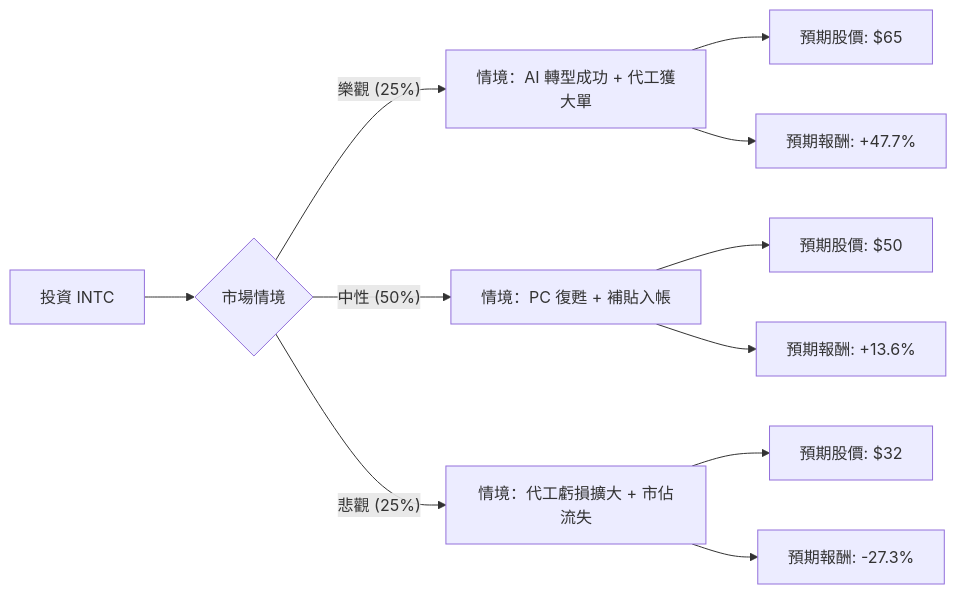
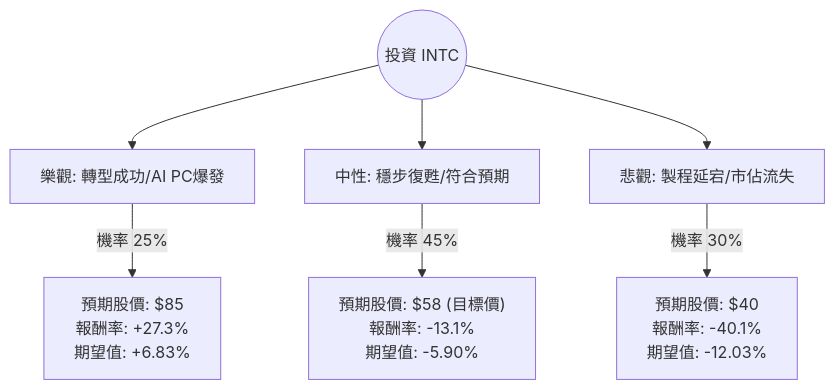
The diagram in plugin-react/ai-analysis/ev-analysis/INTC.md (zmcx16/zmcx16.github.io), drawn with Mermaid before and after one commit. The commit also changed other lines of this file and 49 other files, not shown here.

````diff
--- a/plugin-react/ai-analysis/ev-analysis/INTC.md
+++ b/plugin-react/ai-analysis/ev-analysis/INTC.md
@@ -19,16 +24,10 @@
 ```mermaid
-graph LR
-    A[投資 INTC] --> B{市場情境}
-    
-    B -- 樂觀 (25%) --> C[情境：AI 轉型成功 + 代工獲大單]
-    C --> C1[預期股價: $65]
-    C --> C2[預期報酬: +47.7%]
-    
-    B -- 中性 (50%) --> D[情境：PC 復甦 + 補貼入帳]
-    D --> D1[預期股價: $50]
-    D --> D2[預期報酬: +13.6%]
-    
-    B -- 悲觀 (25%) --> E[情境：代工虧損擴大 + 市佔流失]
-    E --> E1[預期股價: $32]
-    E --> E2[預期報酬: -27.3%]
+graph TD
+    Start((投資 INTC)) --> Bull[樂觀: 轉型成功/AI PC爆發]
+    Start --> Base[中性: 穩步復甦/符合預期]
+    Start --> Bear[悲觀: 製程延宕/市佔流失]
+
+    Bull -- "機率 25%" --> BullResult["預期股價: $85 <br> 報酬率: +27.3% <br> 期望值: +6.83%"]
+    Base -- "機率 45%" --> BaseResult["預期股價: $58 (目標價) <br> 報酬率: -13.1% <br> 期望值: -5.90%"]
+    Bear -- "機率 30%" --> BearResult["預期股價: $40 <br> 報酬率: -40.1% <br> 期望值: -12.03%"]
 ```
````
